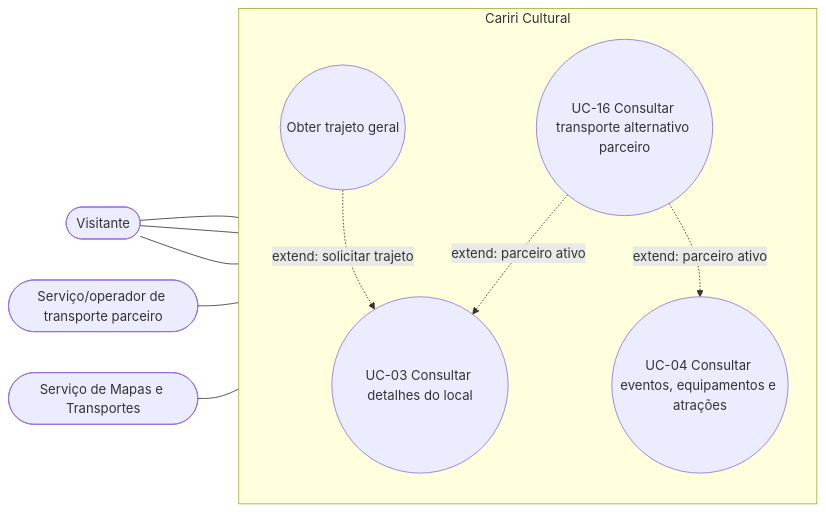
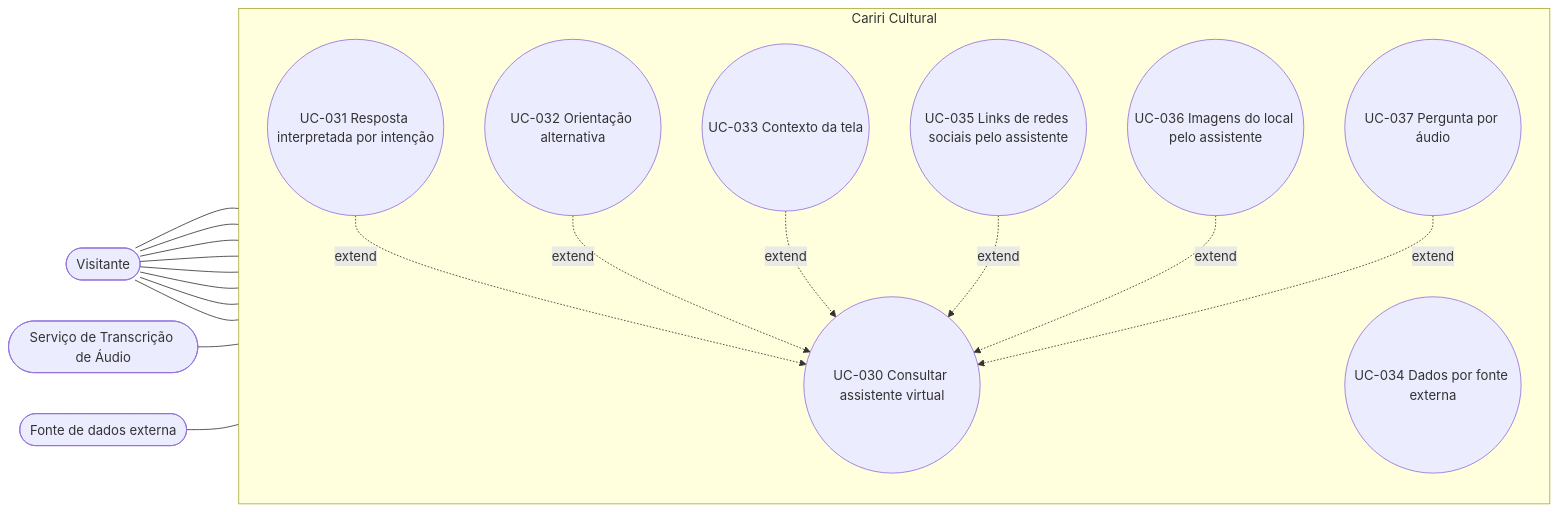
The seventh of 13 diagrams in home/user-cases/use-cases-diagram.md (alan-mendes-ufca/CaririCultural), drawn with Mermaid before and after one commit. The commit also changed other lines of this file and 5 other files, not shown here.

````diff
--- a/home/user-cases/use-cases-diagram.md
+++ b/home/user-cases/use-cases-diagram.md
@@ -123,29 +246,33 @@
 ```mermaid
 flowchart LR
     %% Atores
     V([Visitante])
-    MAP([Serviço de Mapas e Transportes])
-    TP([Serviço/operador de transporte parceiro])
+    AUD([Serviço de Transcrição de Áudio])
+    FONTE([Fonte de dados externa])
 
     %% Fronteira
     subgraph CC [Cariri Cultural]
         direction TB
-        UC03((UC-03 Consultar detalhes do local))
-        UC04((UC-04 Consultar eventos, equipamentos e atrações))
-        UC16((UC-16 Consultar transporte alternativo parceiro))
-
-        %% Extends
-        TRAJ((Obter trajeto geral))
+        UC030((UC-030 Consultar assistente virtual))
+        UC031((UC-031 Resposta interpretada por intenção))
+        UC032((UC-032 Orientação alternativa))
+        UC033((UC-033 Contexto da tela))
+        UC034((UC-034 Dados por fonte externa))
+        UC035((UC-035 Links de redes sociais pelo assistente))
+        UC036((UC-036 Imagens do local pelo assistente))
+        UC037((UC-037 Pergunta por áudio))
     end
 
     %% Relações Ator -> Caso de Uso
-    V --- UC03 & UC04 & UC16
-    TP --- UC16
+    V --- UC030 & UC031 & UC032 & UC033 & UC034 & UC035 & UC036 & UC037
+    AUD --- UC037
+    FONTE --- UC034
 
-    %% Relações Include / Extend
-    UC16 -.->|extend: parceiro ativo| UC03
-    UC16 -.->|extend: parceiro ativo| UC04
-    TRAJ -.->|extend: solicitar trajeto| UC03
-
-    MAP --- TRAJ
+    %% Relações Extend
+    UC031 -.->|extend| UC030
+    UC032 -.->|extend| UC030
+    UC033 -.->|extend| UC030
+    UC035 -.->|extend| UC030
+    UC036 -.->|extend| UC030
+    UC037 -.->|extend| UC030
 ```
````
